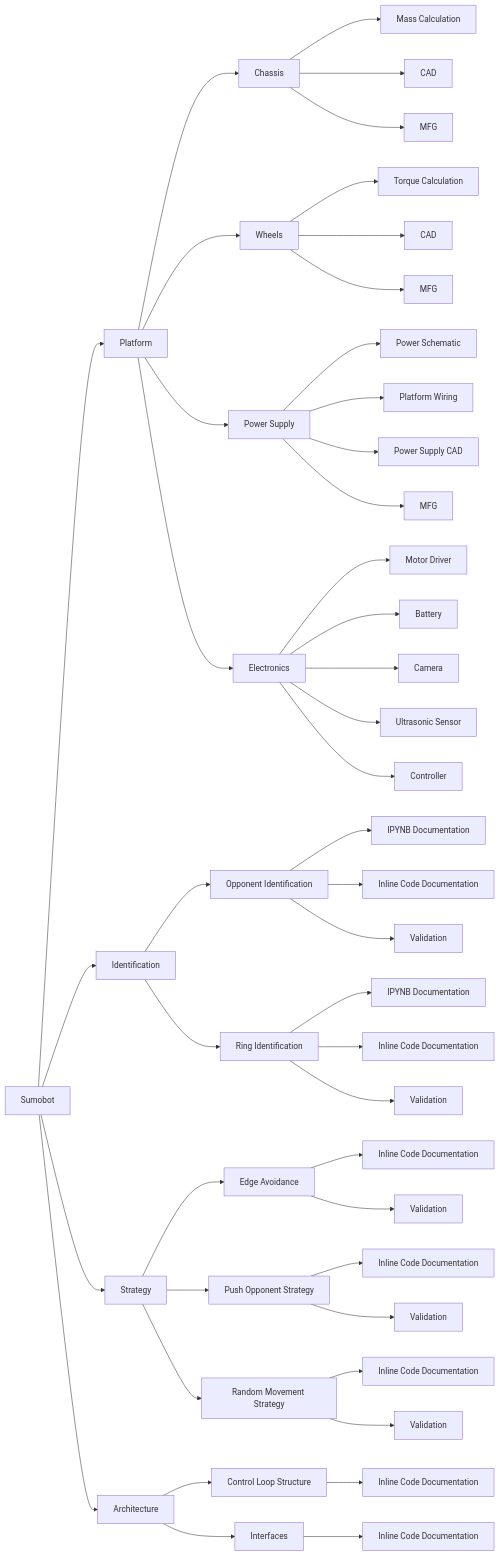
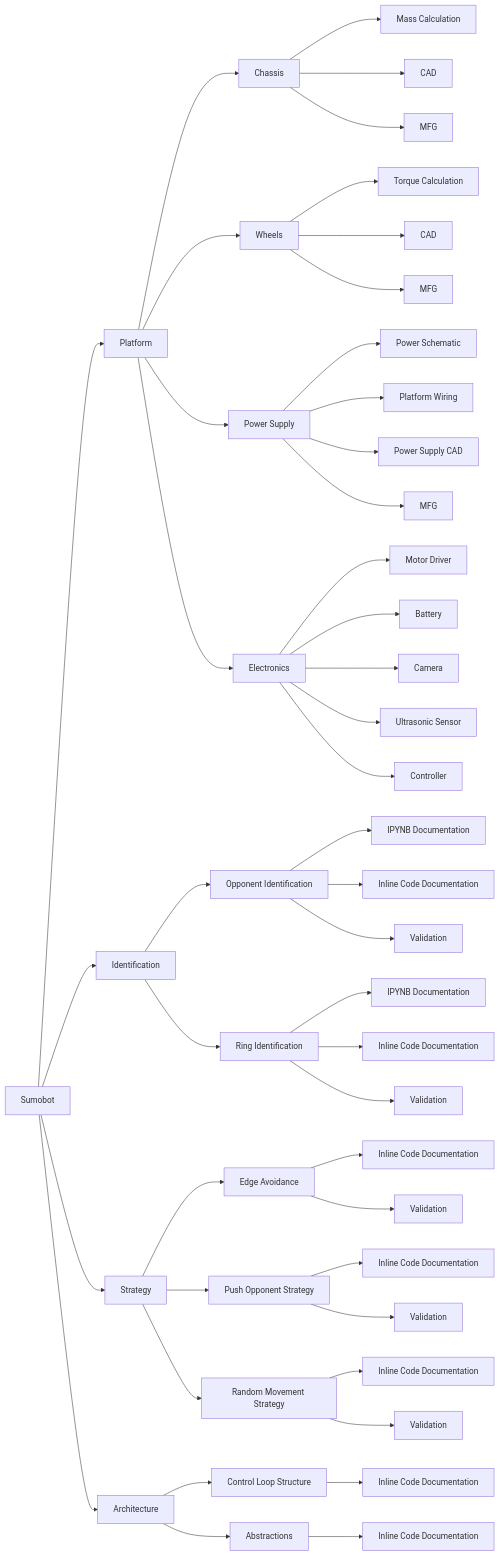
One commit to dennuguyen/sumoltaneous-equations changed the first of 2 diagrams in README.md. Above: the diagram before and after it, drawn with Mermaid.

Commit message:
Rename interfaces to abstractions.

````diff
--- a/README.md
+++ b/README.md
@@ -19,59 +19,59 @@
 ```mermaid
 graph LR
     Sumobot
     Sumobot --> Platform
     Sumobot --> Identification
     Sumobot --> Strategy
     Sumobot --> Architecture
 
     Identification --> opp[Opponent Identification]
     opp --> opp_ipynb[IPYNB Documentation]
     opp --> opp_code_doc[Inline Code Documentation]
     opp --> opp_val[Validation]
 
     Identification --> ring[Ring Identification]
     ring --> ring_ipynb[IPYNB Documentation]
     ring --> ring_code_doc[Inline Code Documentation]
     ring --> ring_val[Validation]
 
     Architecture --> control[Control Loop Structure]
     control --> control_code_doc[Inline Code Documentation]
 
-    Architecture --> interfaces[Interfaces]
-    interfaces --> interfaces_code_doc[Inline Code Documentation]
+    Architecture --> abstract[Abstractions]
+    abstract --> abstract_code_doc[Inline Code Documentation]
 
     Strategy --> avoidance[Edge Avoidance]
     avoidance --> avoidance_code_doc[Inline Code Documentation]
     avoidance --> avoidance_val[Validation]
 
     Strategy --> push[Push Opponent Strategy]
     push --> push_code_doc[Inline Code Documentation]
     push --> push_val[Validation]
 
     Strategy --> random[Random Movement Strategy]
     random --> random_code_doc[Inline Code Documentation]
     random --> random_val[Validation]
 
     Platform --> Chassis
     Chassis --> chassis_mass[Mass Calculation]
     Chassis --> chassis_cad[CAD]
     Chassis --> chassis_mfg[MFG]
 
     Platform --> Wheels
     Wheels --> wheel_torque[Torque Calculation]
     Wheels --> wheels_cad[CAD]
     Wheels --> wheels_mfg[MFG]
 
     Platform --> power[Power Supply]
     power --> power_schematic[Power Schematic]
     power --> Wiring[Platform Wiring]
     power --> power_cad[Power Supply CAD]
     power --> mfg_power[MFG]
 
     Platform --> Electronics
     Electronics --> driver_mounts[Motor Driver]
     Electronics --> battery_mount[Battery]
     Electronics --> camera_mount[Camera]
     Electronics --> ultrasonic_mount[Ultrasonic Sensor]
     Electronics --> arduino_mount[Controller]
 ```
````
